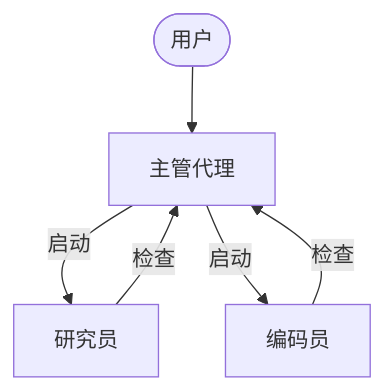
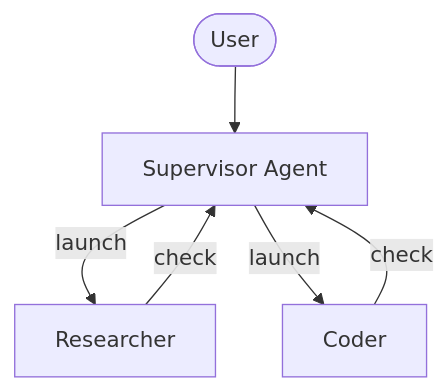
One commit to kunfan96/cndocs-langchain changed the first of 2 diagrams in oss/javascript/deepagents/async-subagents.mdx. Above: the diagram before and after it, drawn with Mermaid. The commit also changed other lines of this file and 2538 other files, not shown here.

````diff
--- a/oss/javascript/deepagents/async-subagents.mdx
+++ b/oss/javascript/deepagents/async-subagents.mdx
@@ -16,10 +17,10 @@
 ```mermaid
 graph TB
-    User([用户]) --> Supervisor[主管代理]
+    User([User]) --> Supervisor[Supervisor Agent]
 
-    Supervisor --> |启动| Researcher[研究员]
-    Supervisor --> |启动| Coder[编码员]
+    Supervisor --> |launch| Researcher[Researcher]
+    Supervisor --> |launch| Coder[Coder]
 
-    Researcher --> |检查| Supervisor
-    Coder --> |检查| Supervisor
+    Researcher --> |check| Supervisor
+    Coder --> |check| Supervisor
 ```
````
